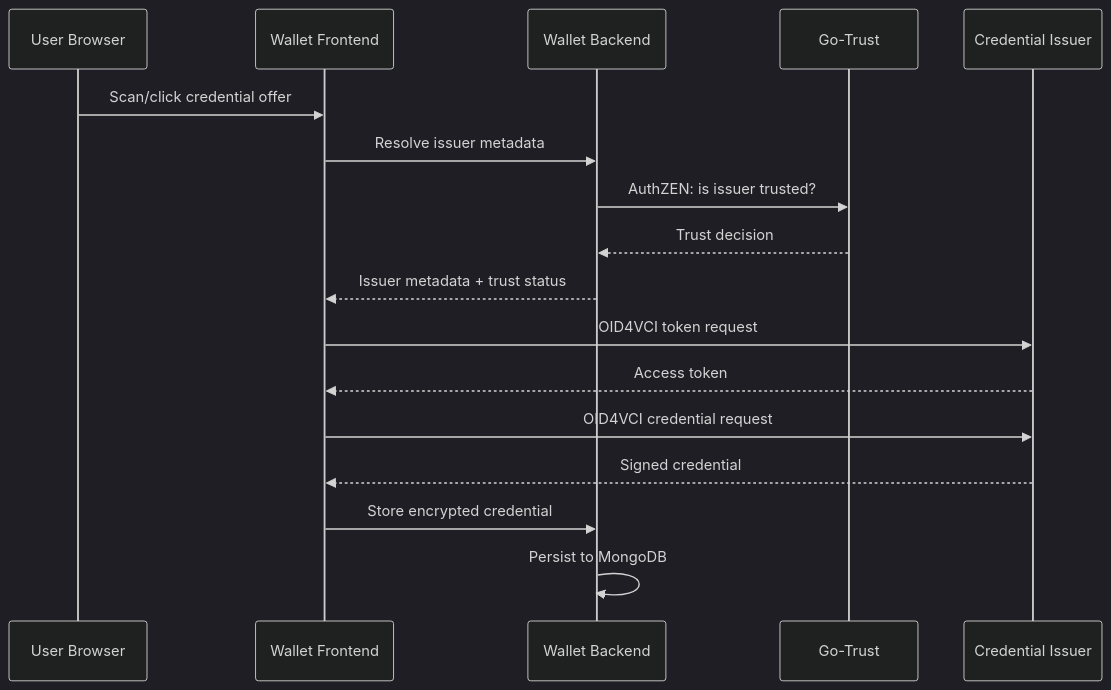
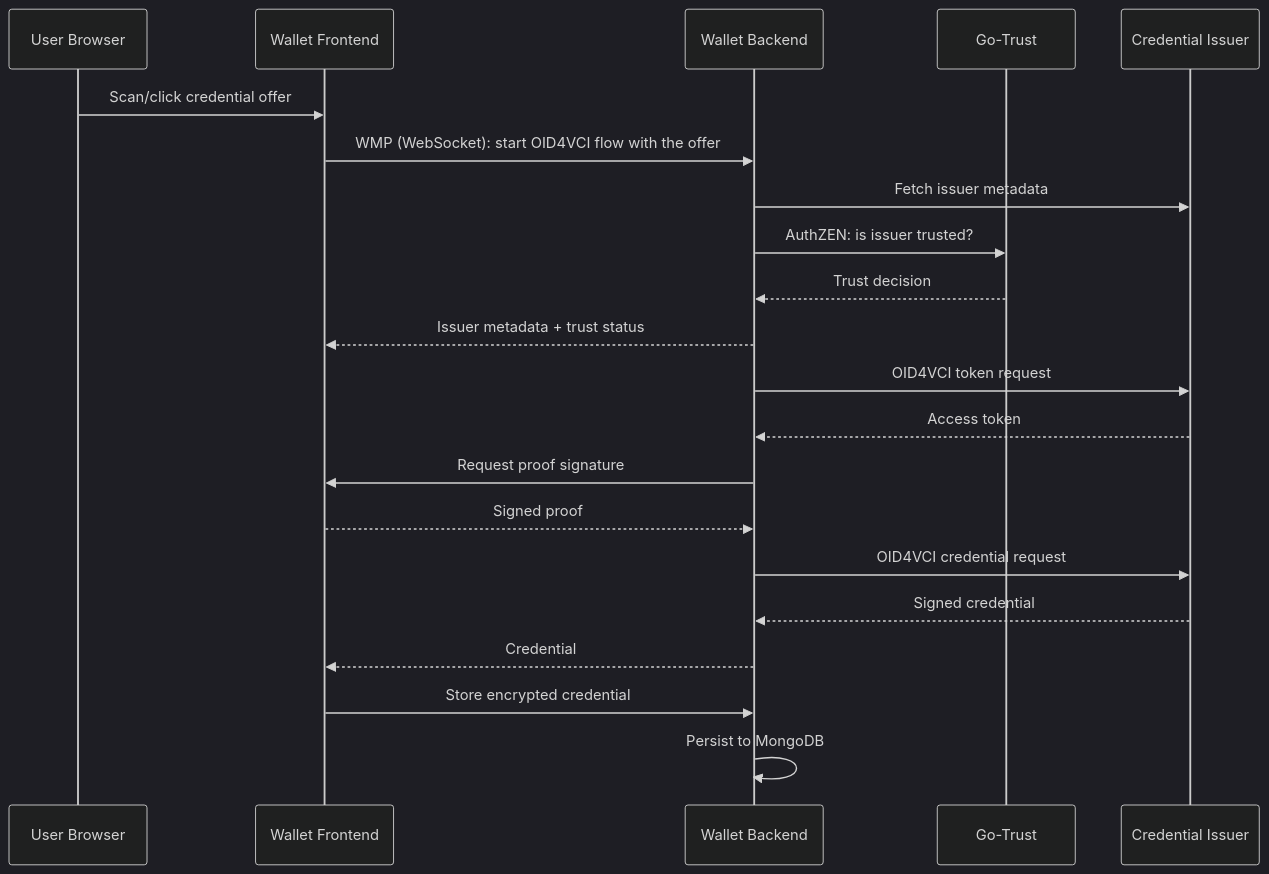
Before and after one commit to sirosfoundation/docs: the first of 2 diagrams in docs/wallet/architecture/index.md, drawn with Mermaid (dark theme). The commit also changed other lines of this file and 13 other files, not shown here.

````diff
--- a/docs/wallet/architecture/index.md
+++ b/docs/wallet/architecture/index.md
@@ -69,20 +71,24 @@
 ```mermaid
 sequenceDiagram
     participant User as User Browser
     participant FE as Wallet Frontend
     participant BE as Wallet Backend
     participant GT as Go-Trust
     participant Issuer as Credential Issuer
 
     User->>FE: Scan/click credential offer
-    FE->>BE: Resolve issuer metadata
+    FE->>BE: WMP (WebSocket): start OID4VCI flow with the offer
+    BE->>Issuer: Fetch issuer metadata
     BE->>GT: AuthZEN: is issuer trusted?
     GT-->>BE: Trust decision
     BE-->>FE: Issuer metadata + trust status
-    FE->>Issuer: OID4VCI token request
-    Issuer-->>FE: Access token
-    FE->>Issuer: OID4VCI credential request
-    Issuer-->>FE: Signed credential
+    BE->>Issuer: OID4VCI token request
+    Issuer-->>BE: Access token
+    BE->>FE: Request proof signature
+    FE-->>BE: Signed proof
+    BE->>Issuer: OID4VCI credential request
+    Issuer-->>BE: Signed credential
+    BE-->>FE: Credential
     FE->>BE: Store encrypted credential
     BE->>BE: Persist to MongoDB
 ```
````
